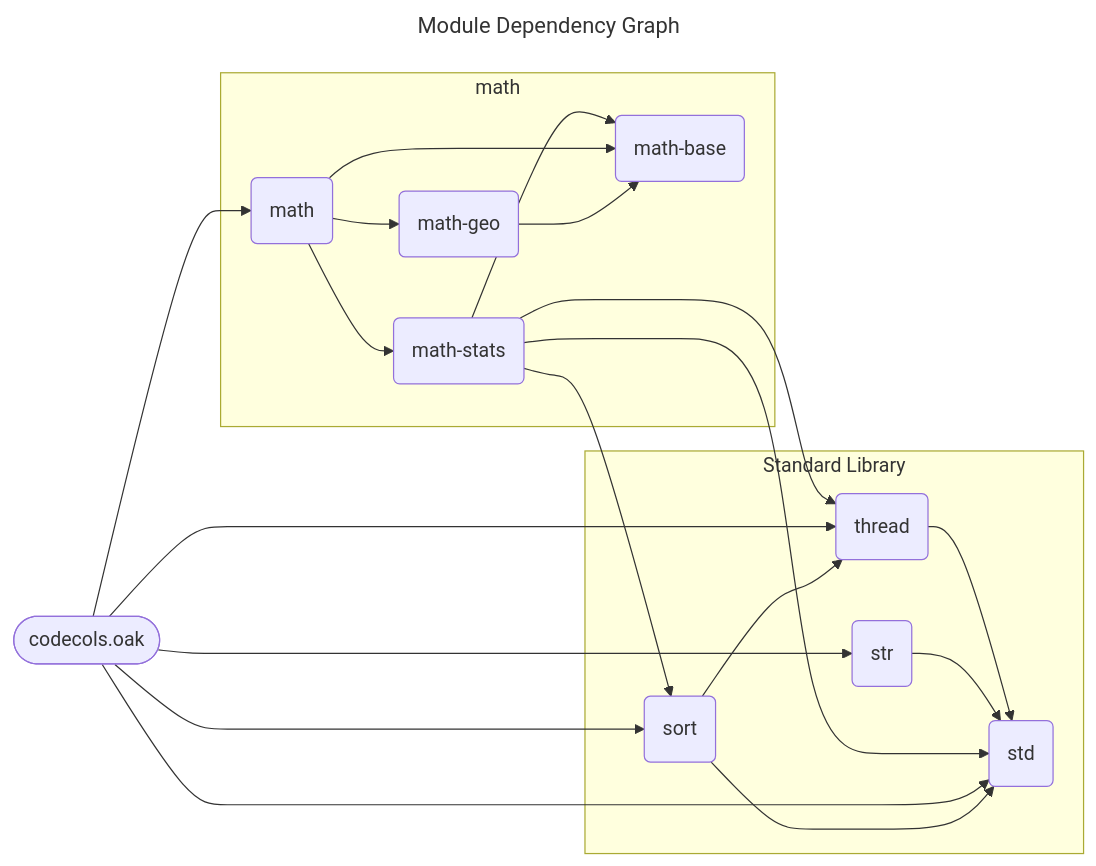
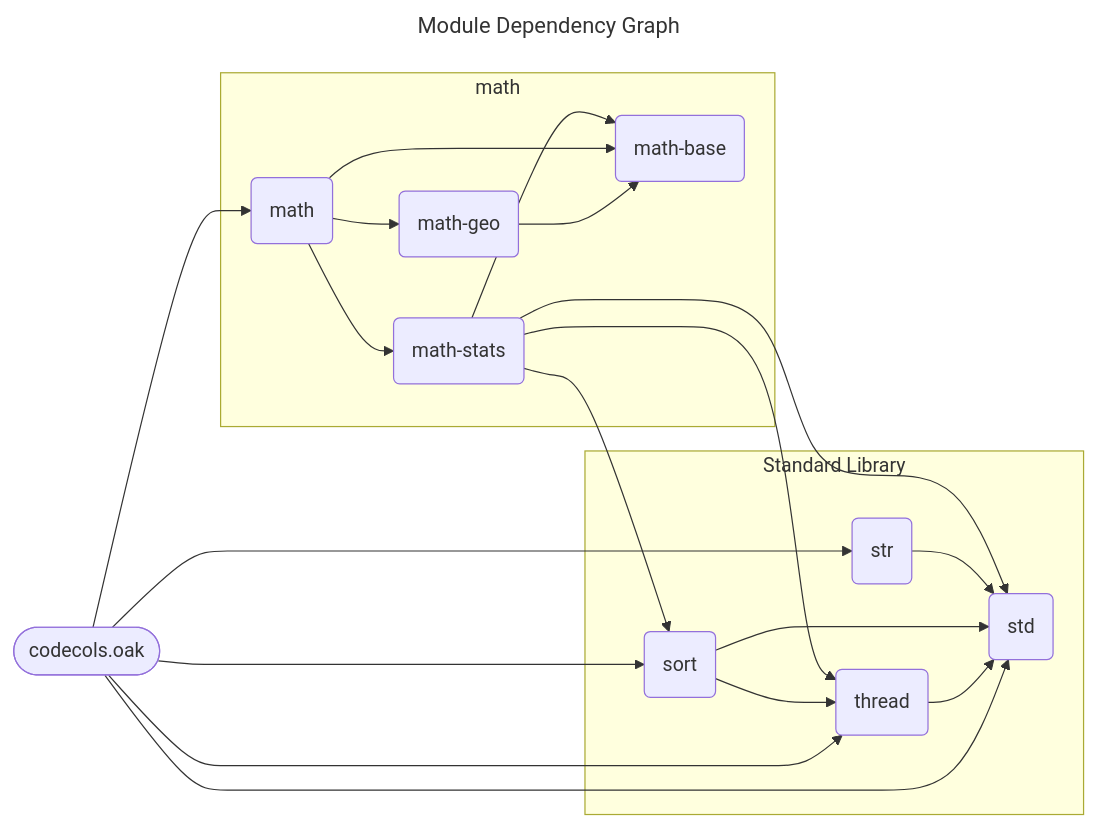
One commit to SpcFORK/magnolia changed the diagram in docs/spec/codecols.mmd. Above: the diagram before and after it, drawn with Mermaid. The commit also changed other lines of this file and 177 other files, not shown here.

First line of the commit message:
Refactor module dependency graphs and improve edge rendering

```diff
--- a/docs/spec/codecols.mmd
+++ b/docs/spec/codecols.mmd
@@ -1,34 +1,34 @@
 ---
 title: Module Dependency Graph
 ---
 flowchart LR
     lib_codecols_oak(["codecols.oak"])
-    thread --> std
-    str --> std
+    subgraph stdlib_math ["math"]
+        math_stats("math-stats")
+        math("math")
+        math_geo("math-geo")
+        math_base("math-base")
+    end
+    subgraph stdlib_core ["Standard Library"]
+        str("str")
+        std("std")
+        sort("sort")
+        thread("thread")
+    end
     math_stats --> std
     math_stats --> sort
     math_stats --> math_base
     math_stats --> thread
+    str --> std
+    sort --> std
+    sort --> thread
+    thread --> std
+    math --> math_base
+    math --> math_geo
+    math --> math_stats
+    math_geo --> math_base
     lib_codecols_oak --> std
     lib_codecols_oak --> str
     lib_codecols_oak --> sort
     lib_codecols_oak --> math
     lib_codecols_oak --> thread
-    sort --> std
-    sort --> thread
-    math --> math_base
-    math --> math_geo
-    math --> math_stats
-    math_geo --> math_base
-    subgraph stdlib_math ["math"]
-        math_base("math-base")
-        math_stats("math-stats")
-        math("math")
-        math_geo("math-geo")
-    end
-    subgraph stdlib_core ["Standard Library"]
-        thread("thread")
-        str("str")
-        std("std")
-        sort("sort")
-    end
```
